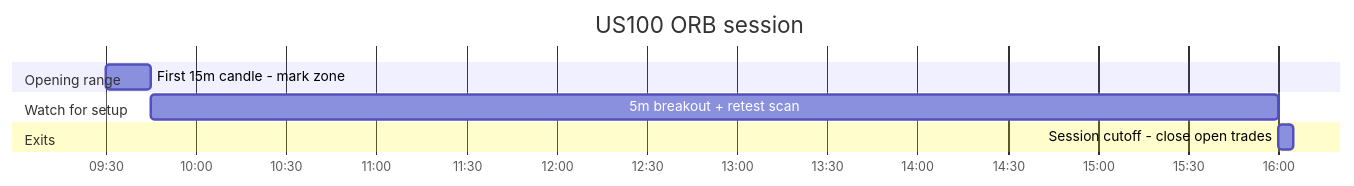
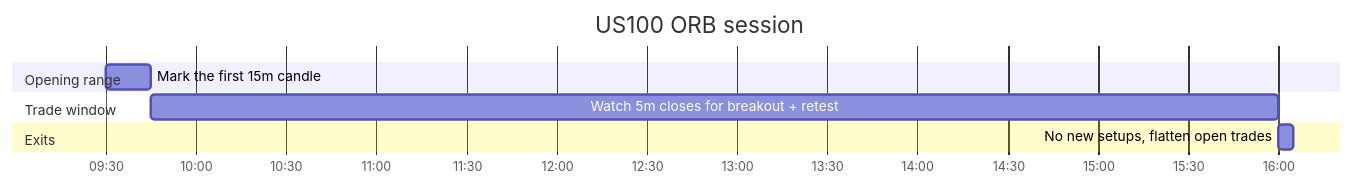
Before and after one commit to fredriick/ORB_US100: the fourth of 5 diagrams in README.md, drawn with Mermaid. The commit also changed other lines of this file, not shown here.

Commit message:
Improve README: transport/deployment diagrams, endpoints, findings

````diff
--- a/README.md
+++ b/README.md
@@ -106,12 +179,12 @@
 ```mermaid
 gantt
     title US100 ORB session
     dateFormat HH:mm
     axisFormat %H:%M
     section Opening range
-    First 15m candle - mark zone :09:30, 15m
-    section Watch for setup
-    5m breakout + retest scan :09:45, 375m
+    Mark the first 15m candle              :09:30, 15m
+    section Trade window
+    Watch 5m closes for breakout + retest  :09:45, 375m
     section Exits
-    Session cutoff - close open trades :16:00, 5m
+    No new setups, flatten open trades     :16:00, 5m
 ```
````
